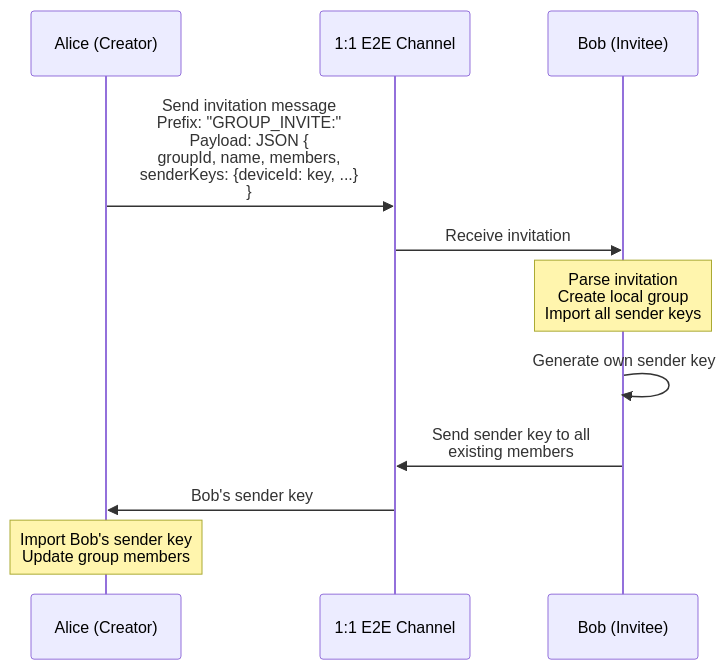
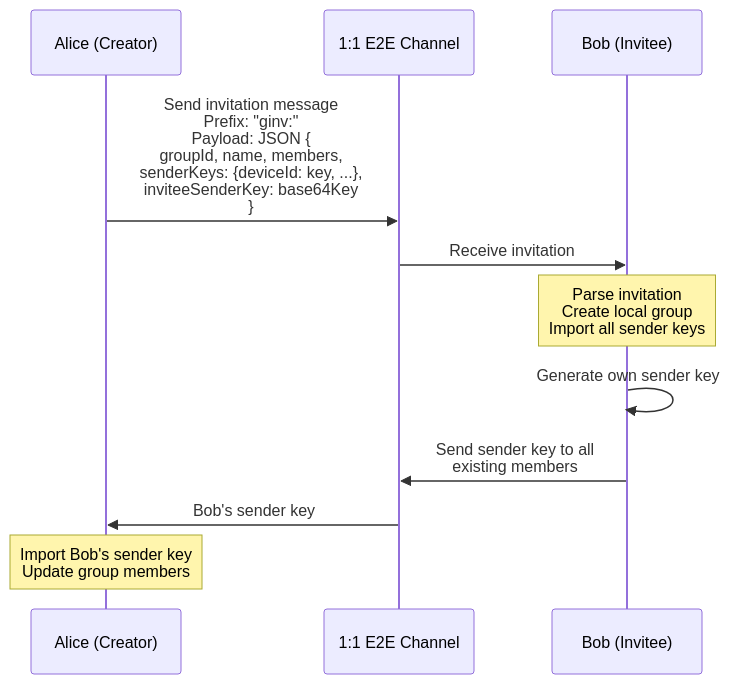
One commit to Hamza-Labs-Core/zajel changed the fourth of 4 diagrams in packages/wiki/Groups-Architecture.md. Above: the diagram before and after it, drawn with Mermaid. The commit also changed other lines of this file and 15 other files, not shown here.

````diff
--- a/packages/wiki/Groups-Architecture.md
+++ b/packages/wiki/Groups-Architecture.md
@@ -154,18 +168,18 @@
 ```mermaid
 sequenceDiagram
     participant Alice as Alice (Creator)
     participant P2P as 1:1 E2E Channel
     participant Bob as Bob (Invitee)
 
-    Alice->>P2P: Send invitation message<br/>Prefix: "GROUP_INVITE:"<br/>Payload: JSON {<br/>  groupId, name, members,<br/>  senderKeys: {deviceId: key, ...}<br/>}
+    Alice->>P2P: Send invitation message<br/>Prefix: "ginv:"<br/>Payload: JSON {<br/>  groupId, name, members,<br/>  senderKeys: {deviceId: key, ...},<br/>  inviteeSenderKey: base64Key<br/>}
 
     P2P->>Bob: Receive invitation
 
     Note over Bob: Parse invitation<br/>Create local group<br/>Import all sender keys
 
     Bob->>Bob: Generate own sender key
     Bob->>P2P: Send sender key to all<br/>existing members
     P2P->>Alice: Bob's sender key
 
     Note over Alice: Import Bob's sender key<br/>Update group members
 ```
````
